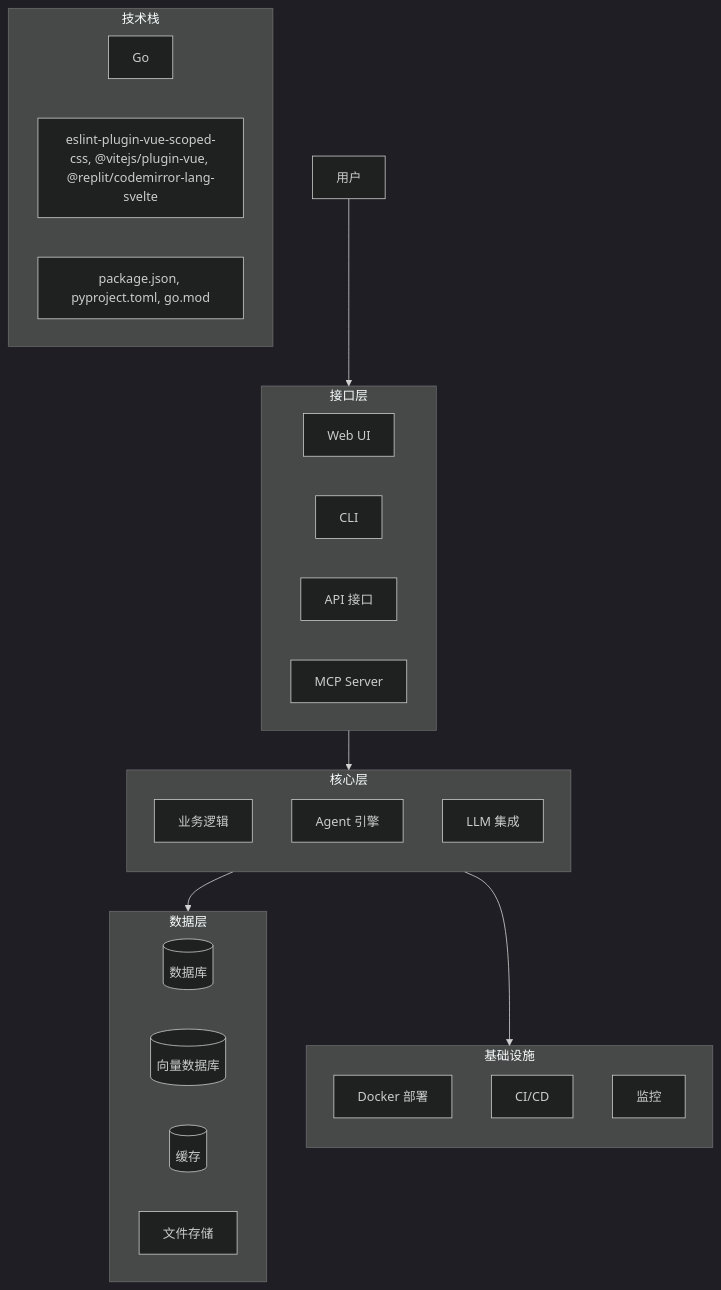
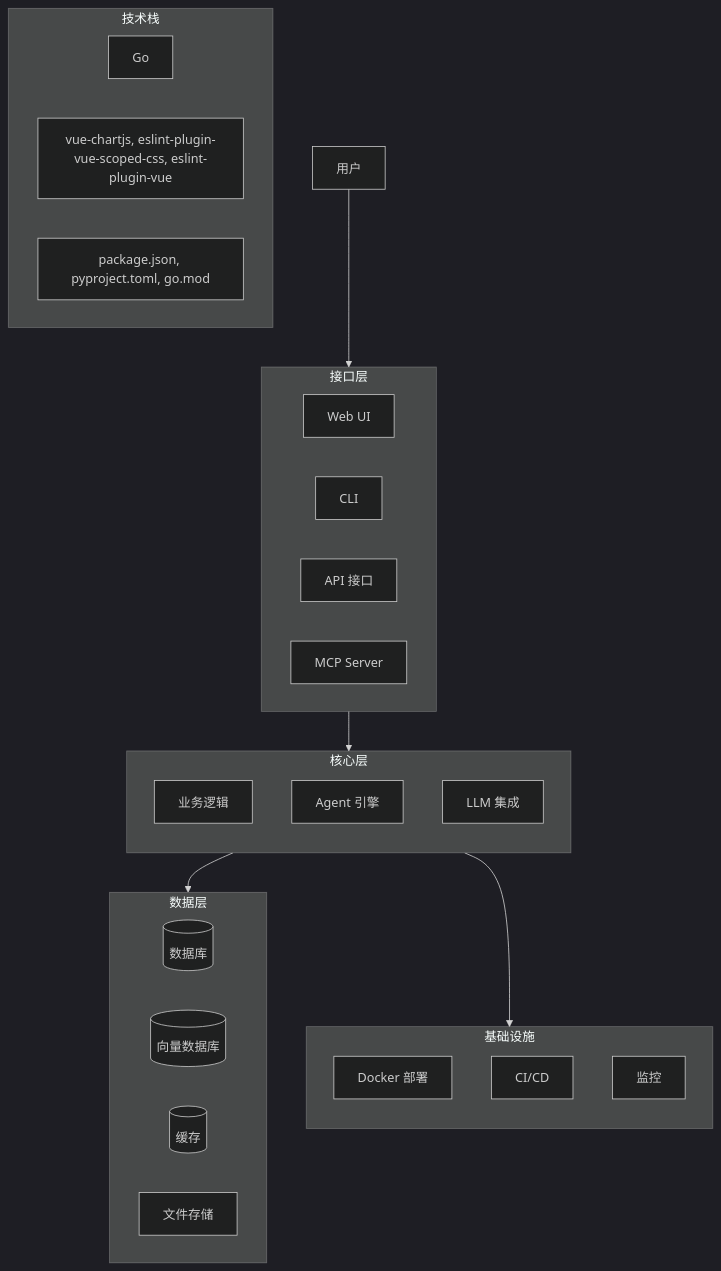
One commit to wuqijin442/vibeRepository changed the diagram in Architecture/go-gitea_gitea/architecture.mmd. Above: the diagram before and after it, drawn with Mermaid. The commit also changed 410 other files, not shown here.

```diff
--- a/Architecture/go-gitea_gitea/architecture.mmd
+++ b/Architecture/go-gitea_gitea/architecture.mmd
@@ -1,47 +1,47 @@
 %%{init: {'theme': 'dark'}}%%
 graph TB
     User[用户] --> Interface[接口层]
     
     subgraph Interface[接口层]
         direction LR
         WebUI[Web UI]
         CLI[CLI]
         API[API 接口]
         MCP[MCP Server]
     end
     
     subgraph Core[核心层]
         direction TB
         Business[业务逻辑]
         AgentEngine[Agent 引擎]
         LLM[LLM 集成]
     end
     
     subgraph Data[数据层]
         direction LR
         Database[(数据库)]
         VectorDB[(向量数据库)]
         Cache[(缓存)]
         Files[文件存储]
     end
     
     subgraph Infra[基础设施]
         direction TB
         Docker[Docker 部署]
         CI/CD[CI/CD]
         Monitoring[监控]
     end
     
     Interface --> Core
     Core --> Data
     Core --> Infra
 
     classDef highlight fill:#3b82f6,stroke:#60a5fa,stroke-width:2px,color:white
     
     %% 技术栈信息
     subgraph TechStack[技术栈]
         direction LR
         Lang[Go]
-        FW[eslint-plugin-vue-scoped-css, @vitejs/plugin-vue, @replit/codemirror-lang-svelte]
+        FW[vue-chartjs, eslint-plugin-vue-scoped-css, eslint-plugin-vue]
         Deps[package.json, pyproject.toml, go.mod]
     end
```
